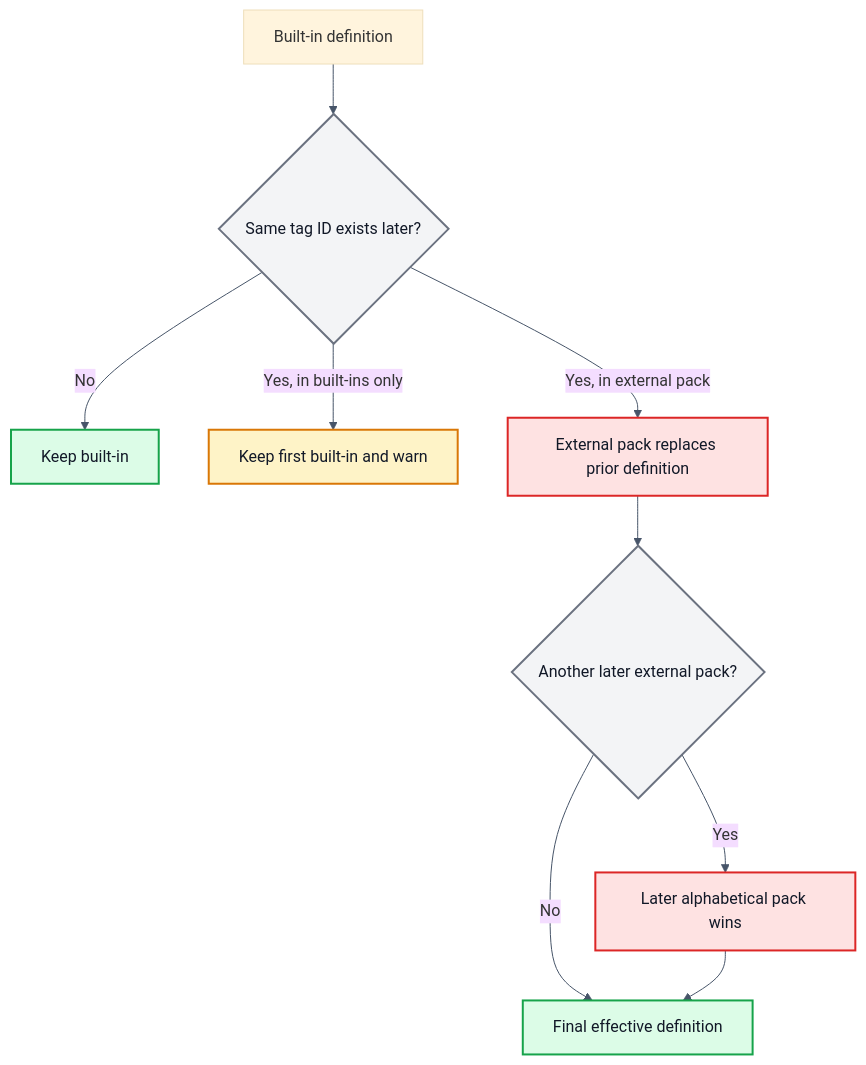
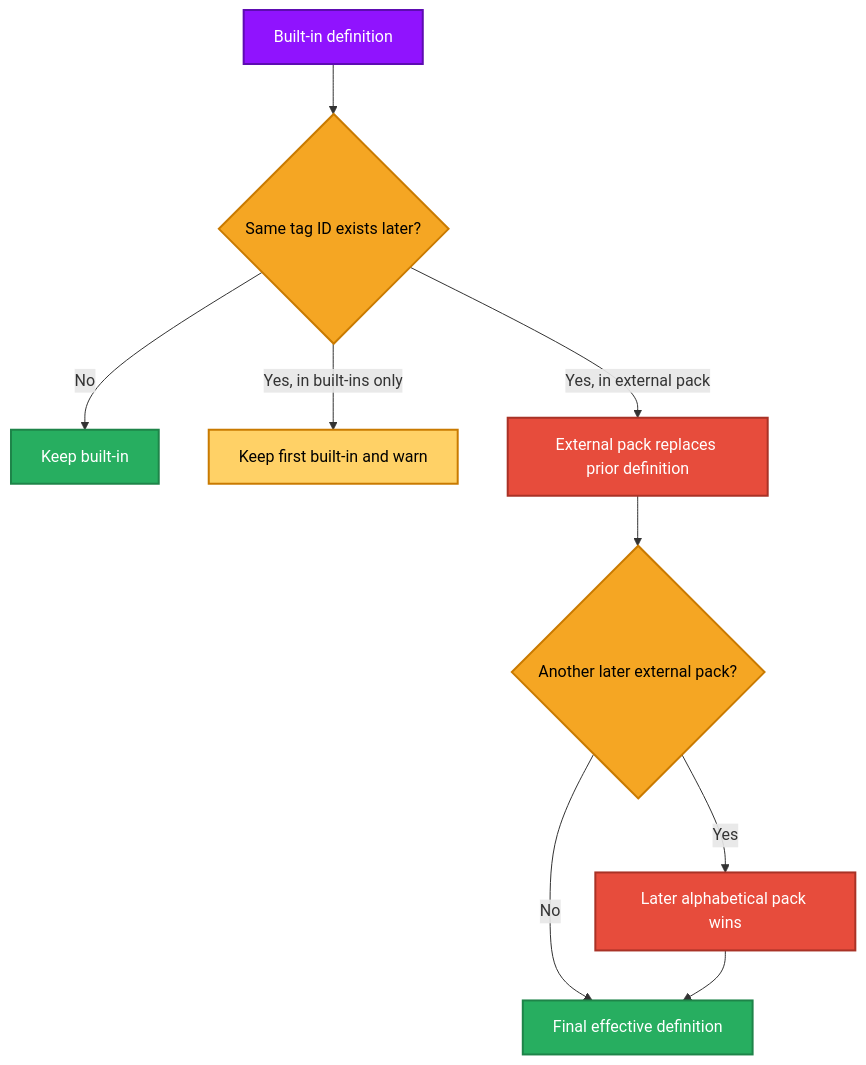
The third of 6 diagrams in docs/tag-loading.md (AzureDoom/TagCore), drawn with Mermaid before and after one commit. The commit also changed other lines of this file, not shown here.

````diff
--- a/docs/tag-loading.md
+++ b/docs/tag-loading.md
@@ -101,28 +81,25 @@
 ```mermaid
-%%{init: {
-  "theme": "base",
-  "themeVariables": {
-    "lineColor": "#475569",
-    "background": "#FFFFFF"
-  }
-}}%%
 flowchart TD
     A[Built-in definition] --> B{Same tag ID exists later?}
-    B -->|No| C[Keep built-in]
-    B -->|Yes, in built-ins only| D[Keep first built-in and warn]
-    B -->|Yes, in external pack| E[External pack replaces prior definition]
+    B -- No --> C[Keep built-in]
+    B -- Yes, in built-ins only --> D[Keep first built-in and warn]
+    B -- Yes, in external pack --> E[External pack replaces prior definition]
     E --> F{Another later external pack?}
-    F -->|No| G[Final effective definition]
-    F -->|Yes| H[Later alphabetical pack wins]
+    F -- No --> G[Final effective definition]
+    F -- Yes --> H[Later alphabetical pack wins]
     H --> G
 
-    classDef question fill:#F3F4F6,stroke:#6B7280,color:#111827,stroke-width:2px;
-    classDef keep fill:#DCFCE7,stroke:#16A34A,color:#111827,stroke-width:2px;
-    classDef warn fill:#FEF3C7,stroke:#D97706,color:#111827,stroke-width:2px;
-    classDef override fill:#FEE2E2,stroke:#DC2626,color:#111827,stroke-width:2px;
+%% Classes
+    classDef builtIn fill:#9013FE,color:#fff,stroke:#5E0CB2,stroke-width:2px;
+    classDef decision fill:#F5A623,color:#000,stroke:#C97A00,stroke-width:2px;
+    classDef keep fill:#27AE60,color:#fff,stroke:#1E8449,stroke-width:2px;
+    classDef warn fill:#FFD166,color:#000,stroke:#C97A00,stroke-width:2px;
+    classDef override fill:#E74C3C,color:#fff,stroke:#A93226,stroke-width:2px;
 
-    class B,F question;
+%% Apply classes
+    class A builtIn;
+    class B,F decision;
     class C,G keep;
     class D warn;
     class E,H override;
 ```
````
